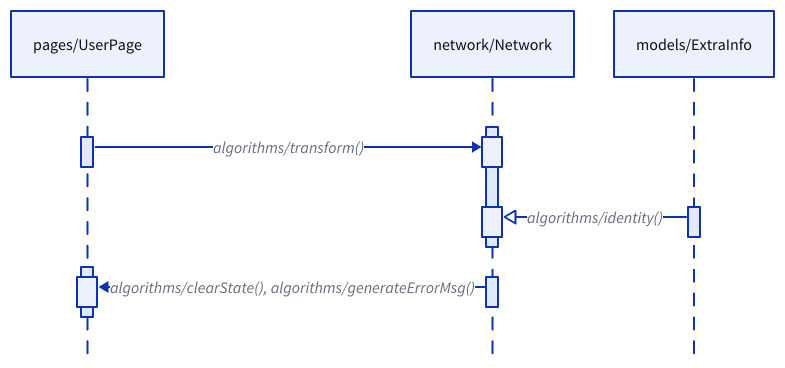
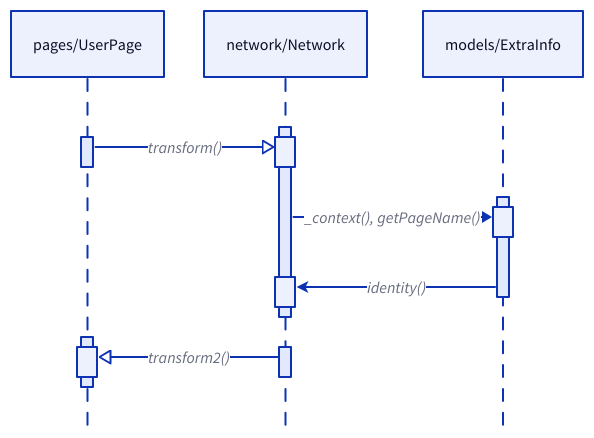
One commit to sien75/GraphiCode-skills changed the fifth of 5 diagrams in junior-engineer-ts-flow/references/flow.md. Above: the diagram before and after it, drawn with D2. The commit also changed other lines of this file and 4 other files, not shown here.

Commit message:
flow change - part 1

````diff
--- a/junior-engineer-ts-flow/references/flow.md
+++ b/junior-engineer-ts-flow/references/flow.md
@@ -87,19 +119,31 @@
 ```d2
 shape: sequence_diagram
 
 UserPage: pages/UserPage
 Network: network/Network
 ExtraInfo: models/ExtraInfo
 
-UserPage.onUserClick
-
-UserPage.onUserClick -> Network.triggerReq.id: algorithms/transform()
-
-ExtraInfo.getToken -> Network.triggerReq.token: algorithms/identity() {
+# 0
+UserPage.onUserClick -> Network.triggerReq.id: transform() {
   target-arrowhead: {
     style.filled: false
   }
 }
 
-Network.cancelReq -> UserPage.showError.msg: algorithms/clearState(), algorithms/generateErrorMsg()
+# 1
+Network.triggerReq -> ExtraInfo.getToken.pageName: _context(), getPageName()
+
+# 2
+ExtraInfo.getToken -> Network.triggerReq.token: identity() {
+  target-arrowhead: {
+    shape: arrow
+  }
+}
+
+# 3
+Network.onRes -> UserPage.renderDOM.userInfo: transform2() {
+  target-arrowhead: {
+    style.filled: false
+  }
+}
 ```
````
